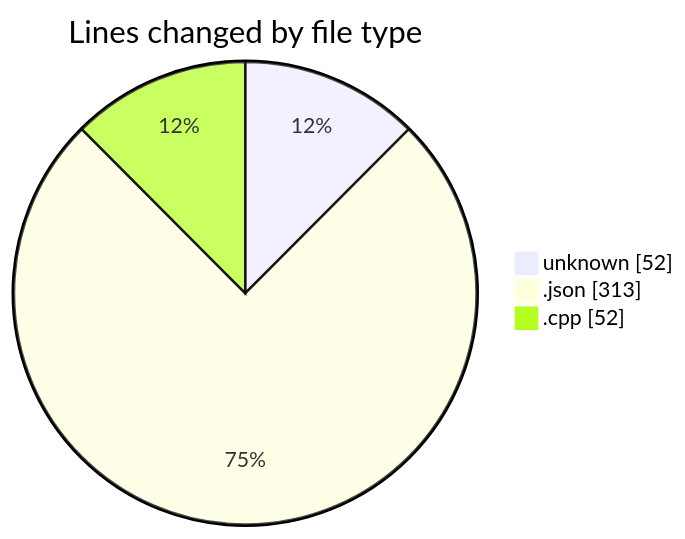
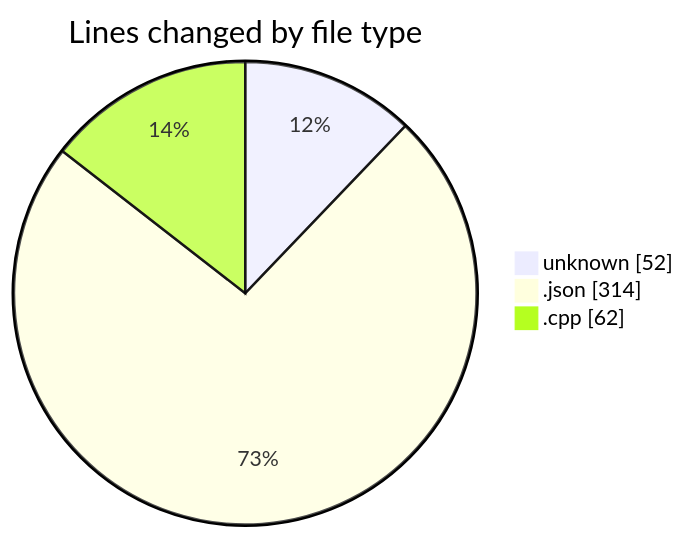
One commit to Netris89/code-tracking changed the first of 2 diagrams in 2025-03-26/echo/README.md. Above: the diagram before and after it, drawn with Mermaid. The commit also changed other lines of this file and 1 other file, not shown here.

````diff
--- a/2025-03-26/echo/README.md
+++ b/2025-03-26/echo/README.md
@@ -24,7 +24,7 @@
 ```mermaid
 pie showData
 title Lines changed by file type
 "unknown" : 52
-".json" : 313
-".cpp" : 52
+".json" : 314
+".cpp" : 62
 ```
````
